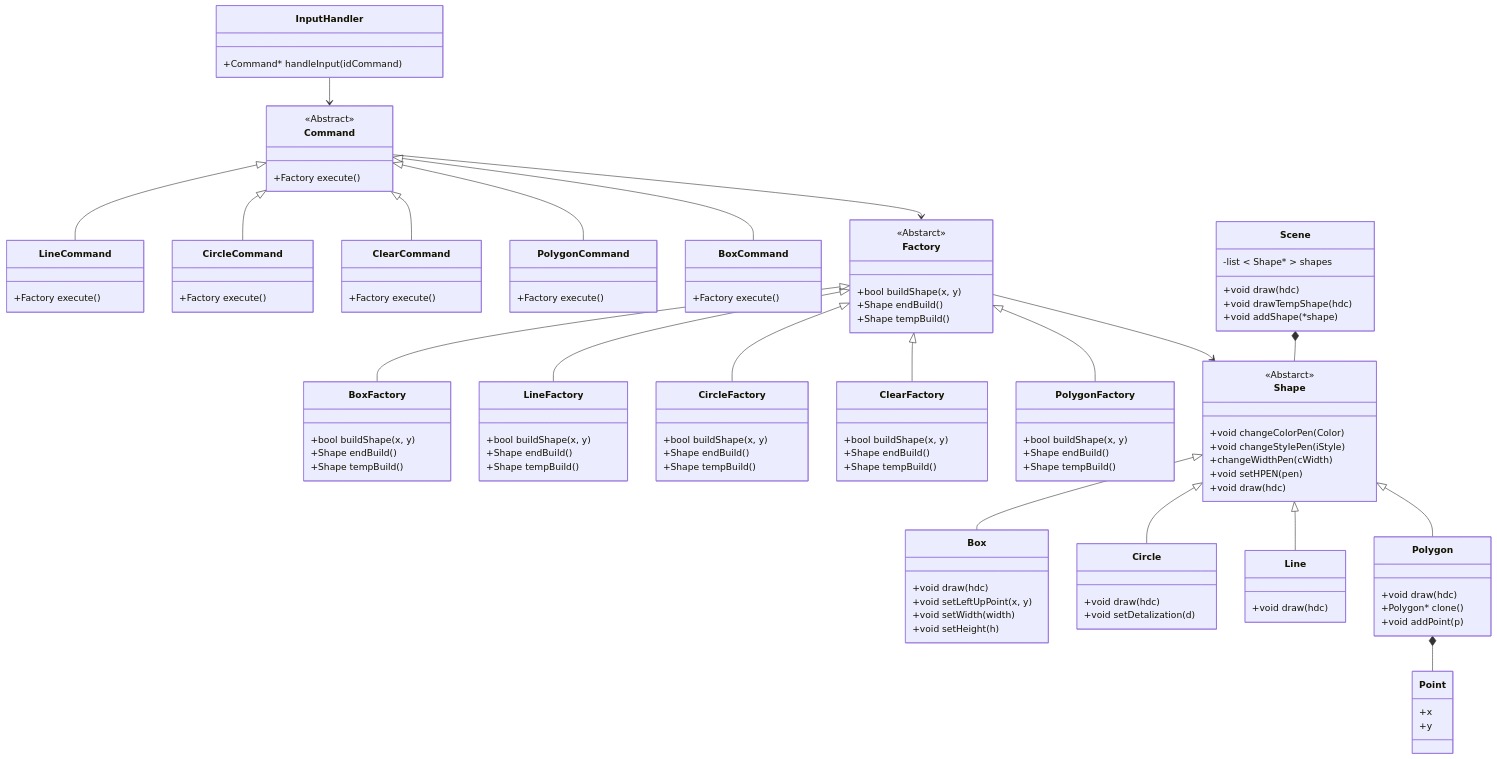
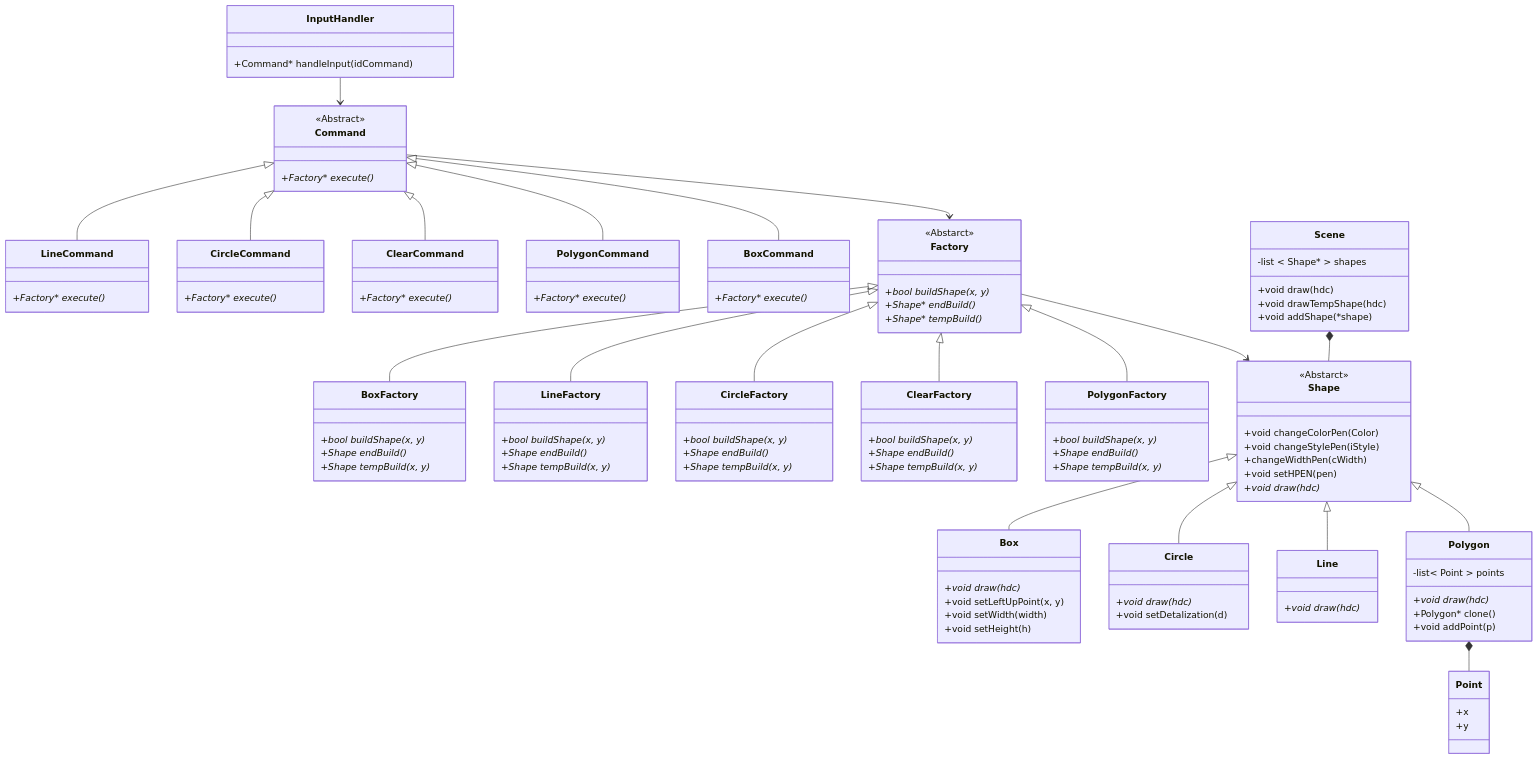
Before and after one commit to Golfriman/Geometry_figure: the diagram in README.md, drawn with Mermaid.

```diff
--- a/README.md
+++ b/README.md
@@ -26,24 +26,24 @@
 
     class Command
     <<Abstract>> Command
-        Command: +Factory execute()
+        Command: +Factory* execute()*
 
     InputHandler --> Command
 
     class LineCommand
-        LineCommand: +Factory execute()
+        LineCommand: +Factory* execute()*
 
     class CircleCommand
-        CircleCommand: +Factory execute()
+        CircleCommand: +Factory* execute()*
 
     class ClearCommand
-        ClearCommand: +Factory execute()
+        ClearCommand: +Factory* execute()*
 
     class PolygonCommand
-        PolygonCommand: +Factory execute()
+        PolygonCommand: +Factory* execute()*
 
     class BoxCommand
-        BoxCommand: +Factory execute()
+        BoxCommand: +Factory* execute()*
 
     Command <|-- LineCommand
     Command <|-- CircleCommand
@@ -53,33 +53,33 @@
 
     class Factory
     <<Abstarct>> Factory
-        Factory: +bool buildShape(x, y)
-        Factory: +Shape endBuild()
-        Factory: +Shape tempBuild()
+        Factory: +bool buildShape(x, y)*
+        Factory: +Shape* endBuild()*
+        Factory: +Shape* tempBuild()*
 
     Command --> Factory
 
 
     class BoxFactory
-        BoxFactory: +bool buildShape(x, y)
-        BoxFactory: +Shape endBuild()
-        BoxFactory: +Shape tempBuild()
+        BoxFactory: +bool buildShape(x, y)*
+        BoxFactory: +Shape endBuild()*
+        BoxFactory: +Shape tempBuild(x, y)*
     class LineFactory
-        LineFactory: +bool buildShape(x, y)
-        LineFactory: +Shape endBuild()
-        LineFactory: +Shape tempBuild()
+        LineFactory: +bool buildShape(x, y)*
+        LineFactory: +Shape endBuild()*
+        LineFactory: +Shape tempBuild(x, y)*
     class CircleFactory
-        CircleFactory: +bool buildShape(x, y)
-        CircleFactory: +Shape endBuild()
-        CircleFactory: +Shape tempBuild()
+        CircleFactory: +bool buildShape(x, y)*
+        CircleFactory: +Shape endBuild()*
+        CircleFactory: +Shape tempBuild(x, y)*
     class ClearFactory
-        ClearFactory: +bool buildShape(x, y)
-        ClearFactory: +Shape endBuild()
-        ClearFactory: +Shape tempBuild()
+        ClearFactory: +bool buildShape(x, y)*
+        ClearFactory: +Shape endBuild()*
+        ClearFactory: +Shape tempBuild(x, y)*
     class PolygonFactory 
-        PolygonFactory: +bool buildShape(x, y)
-        PolygonFactory: +Shape endBuild()
-        PolygonFactory: +Shape tempBuild()
+        PolygonFactory: +bool buildShape(x, y)*
+        PolygonFactory: +Shape endBuild()*
+        PolygonFactory: +Shape tempBuild(x, y)*
 
     Factory <|-- BoxFactory
     Factory <|-- LineFactory
@@ -93,25 +93,26 @@
         Shape: +void changeStylePen(iStyle)
         Shape: +changeWidthPen(cWidth)
         Shape: +void setHPEN(pen)
-        Shape: +void draw(hdc)
+        Shape: +void draw(hdc)*
 
     Factory --> Shape
 
     class Box
-        Box: +void draw(hdc)
+        Box: +void draw(hdc)*
         Box: +void setLeftUpPoint(x, y)
         Box: +void setWidth(width)
         Box: +void setHeight(h)
     
     class Circle
-        Circle: +void draw(hdc)
+        Circle: +void draw(hdc)*
         Circle: +void setDetalization(d)
     
     class Line
-        Line: +void draw(hdc)
+        Line: +void draw(hdc)*
 
     class Polygon
-        Polygon: +void draw(hdc)
+        Polygon: -list< Point > points
+        Polygon: +void draw(hdc)*
         Polygon: +Polygon* clone()
         Polygon: +void addPoint(p)
 
```
